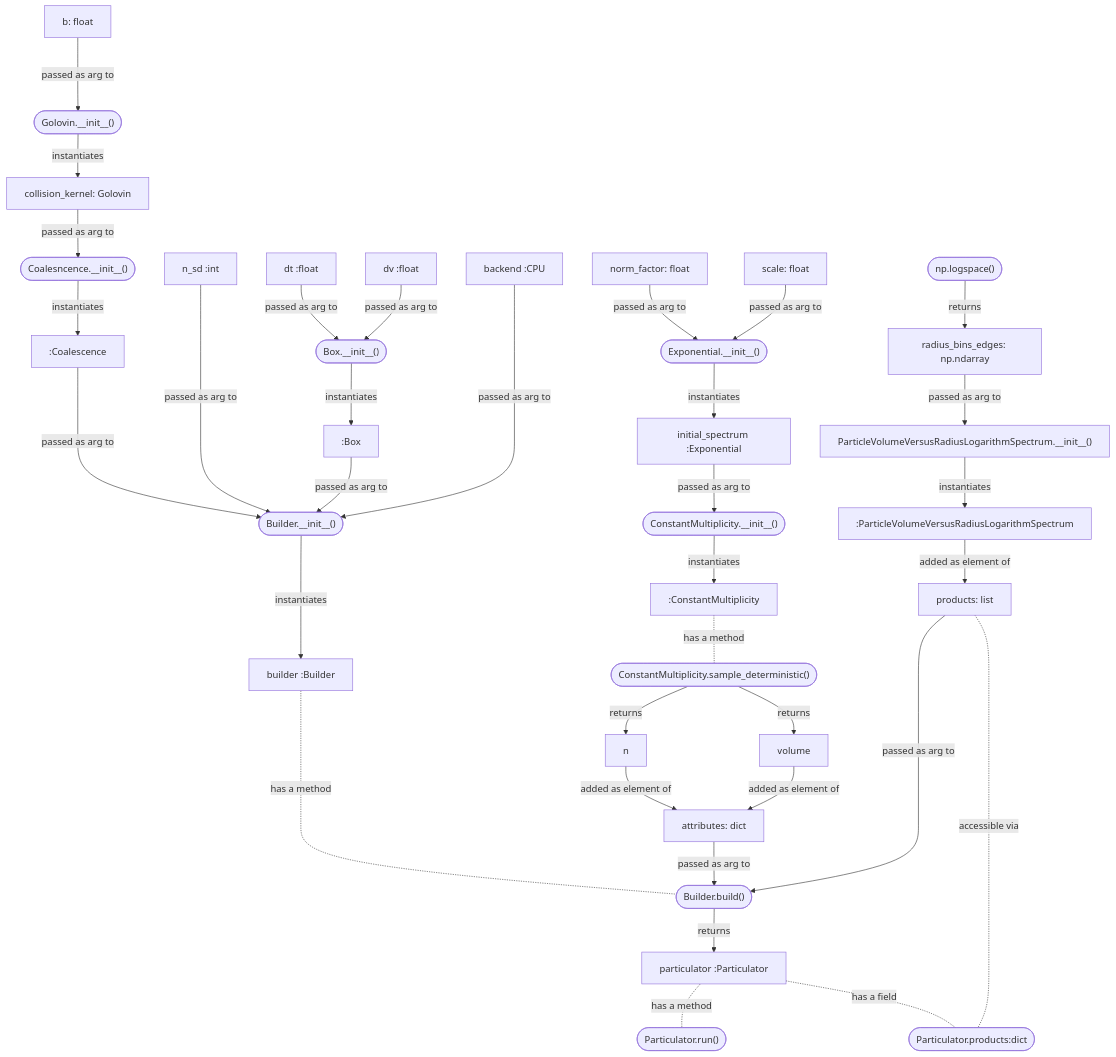
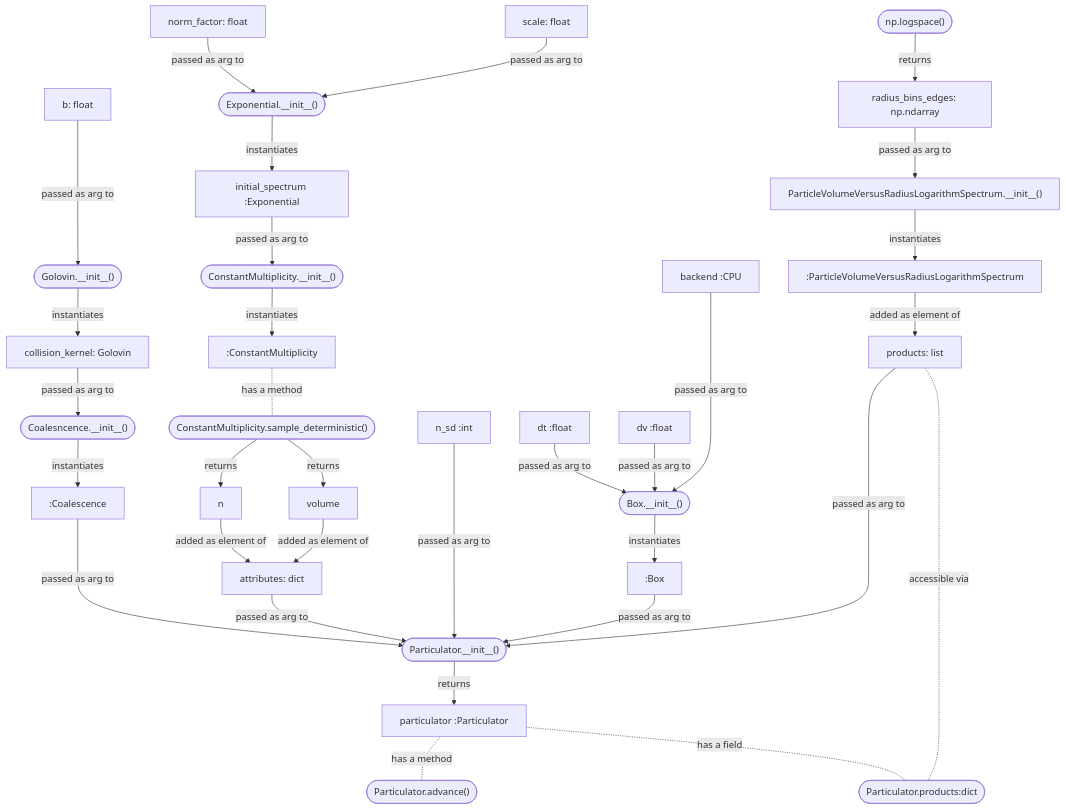
The first of 2 diagrams in docs/markdown/pysdm_landing.md (open-atmos/PySDM), drawn with Mermaid before and after one commit. The commit also changed other lines of this file and 117 other files, not shown here.

````diff
--- a/docs/markdown/pysdm_landing.md
+++ b/docs/markdown/pysdm_landing.md
@@ -300,55 +297,51 @@
 ```mermaid
  graph
-    COAL[":Coalescence"] --->|passed as arg to| BUILDER_INIT(["Builder.__init__()"])
-    BUILDER_INSTANCE["builder :Builder"] -...-|has a method| BUILDER_BUILD(["Builder.build()"])
-    ATTRIBUTES[attributes: dict] -->|passed as arg to| BUILDER_BUILD
-    N_SD["n_sd :int"] ---->|passed as arg to| BUILDER_INIT
-    BUILDER_INIT(["Builder.__init__()"]) --->|instantiates| BUILDER_INSTANCE
+    COAL[":Coalescence"] --->|passed as arg to| PARTICULATOR_INIT(["Particulator.__init__()"])
+    ATTRIBUTES[attributes: dict] -->|passed as arg to| PARTICULATOR_INIT
+    N_SD["n_sd :int"] ---->|passed as arg to| PARTICULATOR_INIT
     ENV_INIT(["Box.__init__()"]) -->|instantiates| ENV
     DT[dt :float] -->|passed as arg to| ENV_INIT
     DV[dv :float] -->|passed as arg to| ENV_INIT
-    ENV[":Box"] -->|passed as arg to| BUILDER_INIT
+    ENV[":Box"] -->|passed as arg to| PARTICULATOR_INIT
     B["b: float"] --->|passed as arg to| KERNEL_INIT(["Golovin.__init__()"])
     KERNEL_INIT -->|instantiates| KERNEL
     KERNEL[collision_kernel: Golovin] -->|passed as arg to| COAL_INIT(["Coalesncence.__init__()"])
     COAL_INIT -->|instantiates| COAL
-    PRODUCTS[products: list] ----->|passed as arg to| BUILDER_BUILD
+    PRODUCTS[products: list] ----->|passed as arg to| PARTICULATOR_INIT
     NORM_FACTOR[norm_factor: float]-->|passed as arg to| EXP_INIT
     SCALE[scale: float]-->|passed as arg to| EXP_INIT
     EXP_INIT(["Exponential.__init__()"]) -->|instantiates| IS
     IS["initial_spectrum :Exponential"] -->|passed as arg to| CM_INIT
     CM_INIT(["ConstantMultiplicity.__init__()"]) -->|instantiates| CM_INSTANCE
     CM_INSTANCE[":ConstantMultiplicity"] -.-|has a method| SAMPLE
     SAMPLE(["ConstantMultiplicity.sample_deterministic()"]) -->|returns| n
     SAMPLE -->|returns| volume
     n -->|added as element of| ATTRIBUTES
-    PARTICULATOR_INSTANCE -.-|has a method| PARTICULATOR_RUN(["Particulator.run()"])
+    PARTICULATOR_INSTANCE -.-|has a method| PARTICULATOR_ADVANCE(["Particulator.advance()"])
     volume -->|added as element of| ATTRIBUTES
-    BUILDER_BUILD -->|returns| PARTICULATOR_INSTANCE["particulator :Particulator"]
+    PARTICULATOR_INIT -->|returns| PARTICULATOR_INSTANCE["particulator :Particulator"]
     PARTICULATOR_INSTANCE -.-|has a field| PARTICULATOR_PROD(["Particulator.products:dict"])
-    BACKEND_INSTANCE["backend :CPU"] ---->|passed as arg to| BUILDER_INIT
+    BACKEND_INSTANCE["backend :CPU"] ---->|passed as arg to| ENV_INIT
     PRODUCTS -.-|accessible via| PARTICULATOR_PROD
     NP_LOGSPACE(["np.logspace()"]) -->|returns| EDGES
     EDGES[radius_bins_edges: np.ndarray] -->|passed as arg to| SPECTRUM_INIT
     SPECTRUM_INIT["ParticleVolumeVersusRadiusLogarithmSpectrum.__init__()"] -->|instantiates| SPECTRUM
     SPECTRUM[":ParticleVolumeVersusRadiusLogarithmSpectrum"] -->|added as element of| PRODUCTS
 
     click COAL "https://open-atmos.github.io/PySDM/PySDM/dynamics/collisions/collision.html#Coalescence"
-    click BUILDER_INSTANCE "https://open-atmos.github.io/PySDM/PySDM/builder.html"
-    click BUILDER_INIT "https://open-atmos.github.io/PySDM/PySDM/builder.html"
+    click PARTICULATOR_INIT "https://open-atmos.github.io/PySDM/PySDM/particulator.html"
     click ENV_INIT "https://open-atmos.github.io/PySDM/PySDM/environments.html"
     click ENV "https://open-atmos.github.io/PySDM/PySDM/environments.html"
     click KERNEL_INIT "https://open-atmos.github.io/PySDM/PySDM/dynamics/collisions/collision_kernels.html"
     click KERNEL "https://open-atmos.github.io/PySDM/PySDM/dynamics/collisions/collision_kernels.html"
     click EXP_INIT "https://open-atmos.github.io/PySDM/PySDM/initialisation/spectra.html"
     click IS "https://open-atmos.github.io/PySDM/PySDM/initialisation/spectra.html"
     click CM_INIT "https://open-atmos.github.io/PySDM/PySDM/initialisation/sampling/spectral_sampling.html"
     click CM_INSTANCE "https://open-atmos.github.io/PySDM/PySDM/initialisation/sampling/spectral_sampling.html"
     click SAMPLE "https://open-atmos.github.io/PySDM/PySDM/initialisation/sampling/spectral_sampling.html"
     click PARTICULATOR_INSTANCE "https://open-atmos.github.io/PySDM/PySDM/particulator.html"
     click BACKEND_INSTANCE "https://open-atmos.github.io/PySDM/PySDM/backends/numba.html"
-    click BUILDER_BUILD "https://open-atmos.github.io/PySDM/PySDM/builder.html"
     click NP_LOGSPACE "https://numpy.org/doc/stable/reference/generated/numpy.logspace.html"
     click SPECTRUM_INIT "https://open-atmos.github.io/PySDM/PySDM/products/size_spectral/particle_volume_versus_radius_logarithm_spectrum.html"
     click SPECTRUM "https://open-atmos.github.io/PySDM/PySDM/products/size_spectral/particle_volume_versus_radius_logarithm_spectrum.html"
 ```
````
